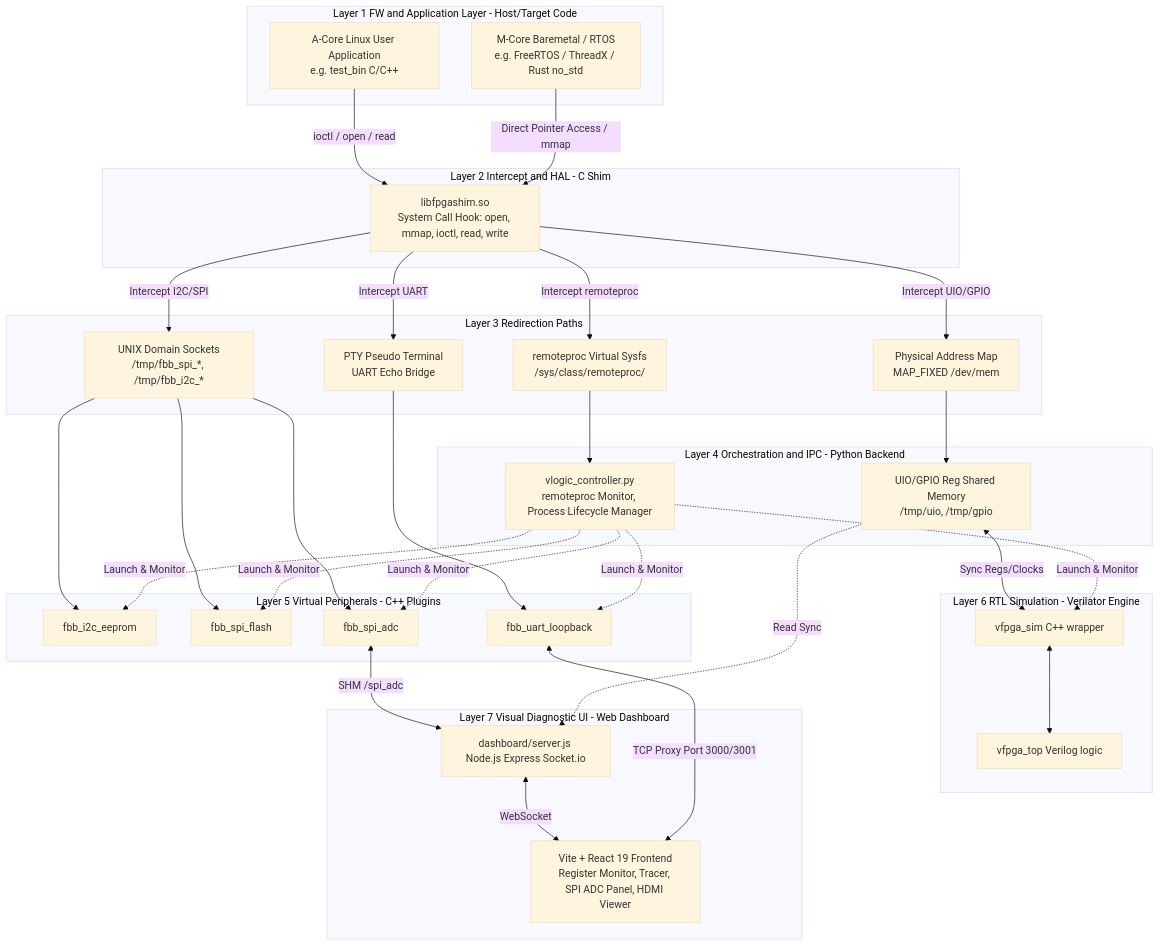
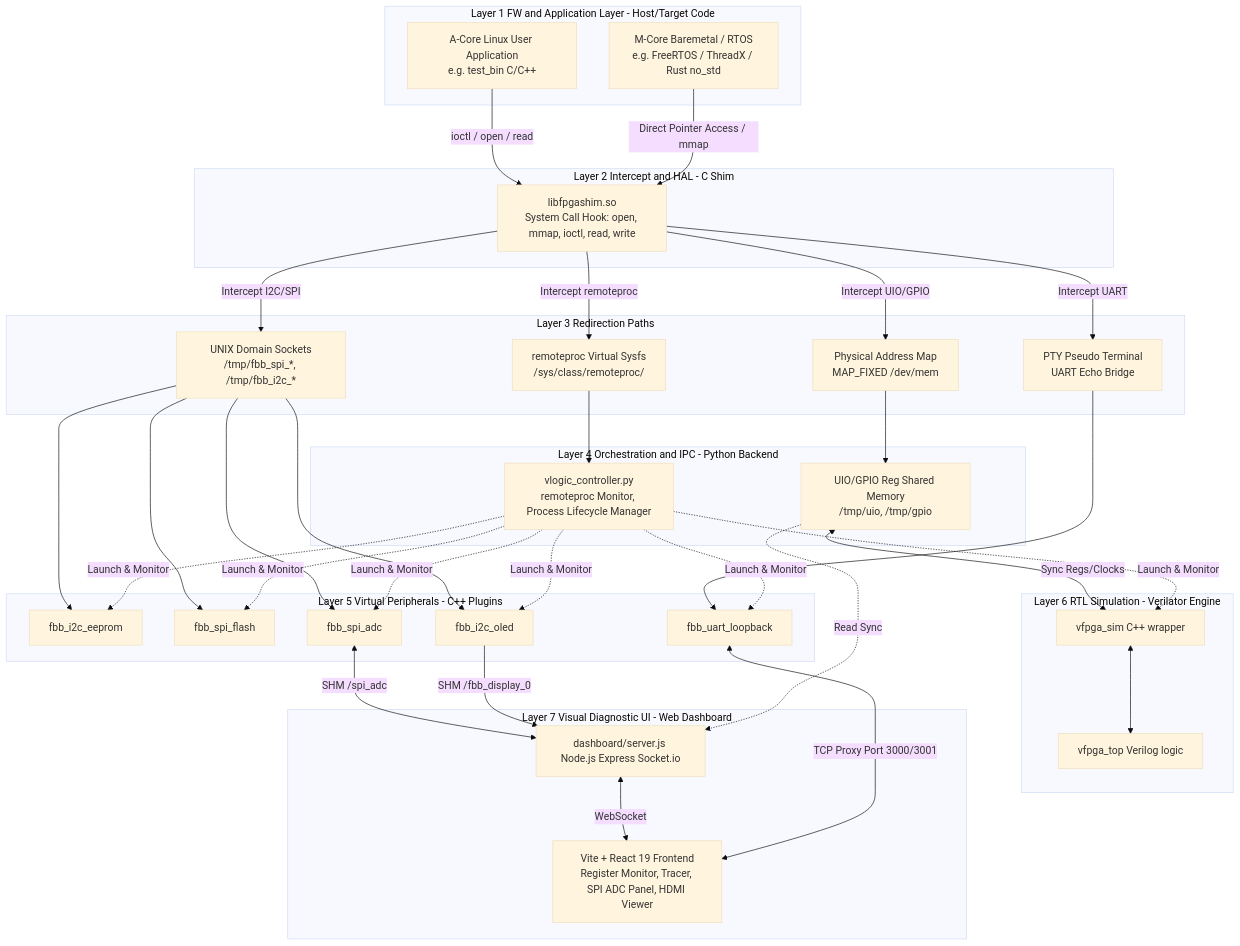
Before and after one commit to sirosiro/FPGA-BoardlessBench: the diagram in ARCHITECTURE_MANIFEST.md, drawn with Mermaid (base theme). The commit also changed 15 other files, not shown here.

First line of the commit message:
feat: Add SSD1306 virtual OLED display support and scenario 02d_oled_i2c

````diff
--- a/ARCHITECTURE_MANIFEST.md
+++ b/ARCHITECTURE_MANIFEST.md
@@ -88,71 +88,73 @@
 ```mermaid
 graph TD
     %% 1. FW Layer
     subgraph FW_Layer["Layer 1 FW and Application Layer - Host/Target Code"]
         ACore["A-Core Linux User Application<br/>e.g. test_bin C/C++"]
         MCore["M-Core Baremetal / RTOS<br/>e.g. FreeRTOS / ThreadX / Rust no_std"]
     end
 
     %% 2. Shim Layer
     subgraph Shim_Layer["Layer 2 Intercept and HAL - C Shim"]
         Shim["libfpgashim.so<br/>System Call Hook: open, mmap, ioctl, read, write"]
     end
 
     %% 3. Communication/Redirection
     subgraph Rel_Layer["Layer 3 Redirection Paths"]
         Path_MEM["Physical Address Map<br/>MAP_FIXED /dev/mem"]
         Path_Sock["UNIX Domain Sockets<br/>/tmp/fbb_spi_*, /tmp/fbb_i2c_*"]
         Path_PTY["PTY Pseudo Terminal<br/>UART Echo Bridge"]
         Path_Remoteproc["remoteproc Virtual Sysfs<br/>/sys/class/remoteproc/"]
     end
 
     %% 4. Control & IPC Layer
     subgraph Control_Layer["Layer 4 Orchestration and IPC - Python Backend"]
         SHM_UIO["UIO/GPIO Reg Shared Memory<br/>/tmp/uio, /tmp/gpio"]
         Controller["vlogic_controller.py<br/>remoteproc Monitor, Process Lifecycle Manager"]
     end
 
     %% 5. Peripherals (C++ processes)
     subgraph Peripheral_Layer["Layer 5 Virtual Peripherals - C++ Plugins"]
         V_I2C["fbb_i2c_eeprom"]
         V_SPI_Flash["fbb_spi_flash"]
         V_SPI_ADC["fbb_spi_adc"]
         V_UART["fbb_uart_loopback"]
+        V_OLED["fbb_i2c_oled"]
     end
 
     %% 6. RTL Sim Layer
     subgraph RTL_Layer["Layer 6 RTL Simulation - Verilator Engine"]
         Sim_Main["vfpga_sim C++ wrapper"]
         RTL["vfpga_top Verilog logic"]
     end
 
     %% 7. Web Dashboard Layer
     subgraph Web_Layer["Layer 7 Visual Diagnostic UI - Web Dashboard"]
         WebServer["dashboard/server.js Node.js Express Socket.io"]
         ReactUI["Vite + React 19 Frontend<br/>Register Monitor, Tracer, SPI ADC Panel, HDMI Viewer"]
     end
 
     %% Data/Control Flows
     ACore -->|ioctl / open / read| Shim
     MCore -->|Direct Pointer Access / mmap| Shim
     
     Shim -->|Intercept UIO/GPIO| Path_MEM
     Shim -->|Intercept I2C/SPI| Path_Sock
     Shim -->|Intercept UART| Path_PTY
     Shim -->|Intercept remoteproc| Path_Remoteproc
 
     Path_MEM --> SHM_UIO
-    Path_Sock --> V_I2C & V_SPI_Flash & V_SPI_ADC
+    Path_Sock --> V_I2C & V_SPI_Flash & V_SPI_ADC & V_OLED
     Path_PTY --> V_UART
     Path_Remoteproc --> Controller
 
     V_SPI_ADC <-->|SHM /spi_adc| WebServer
+    V_OLED -->|SHM /fbb_display_0| WebServer
 
     SHM_UIO <-->|Sync Regs/Clocks| Sim_Main
     Sim_Main <--> RTL
-    Controller -.->|Launch & Monitor| Sim_Main & V_I2C & V_SPI_Flash & V_SPI_ADC & V_UART
+    Controller -.->|Launch & Monitor| Sim_Main & V_I2C & V_SPI_Flash & V_SPI_ADC & V_UART & V_OLED
 
     SHM_UIO -.->|Read Sync| WebServer
     WebServer <-->|WebSocket| ReactUI
     V_UART <-->|TCP Proxy Port 3000/3001| ReactUI
 ```
````
